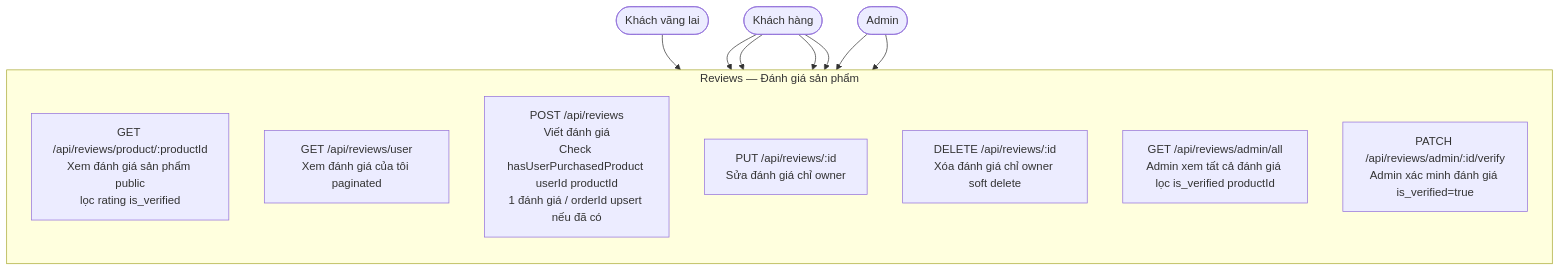
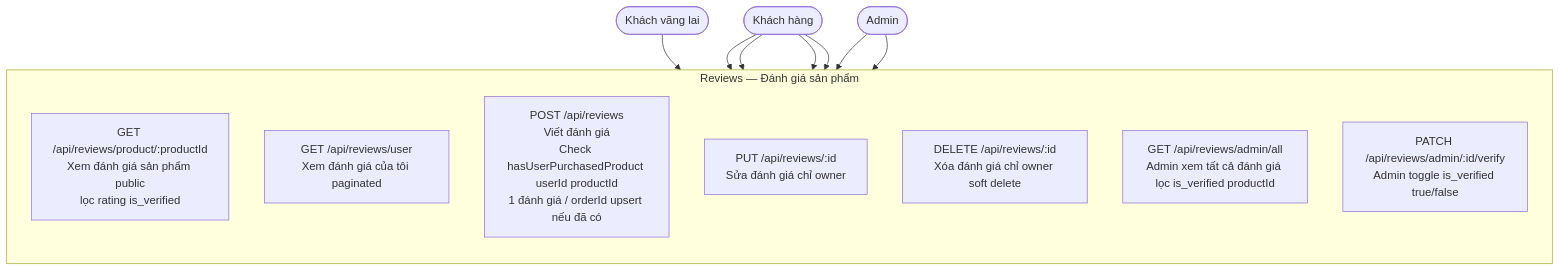
The sixth of 29 diagrams in DIAGRAMS.md (MinhThang1009/E-commerce-website), drawn with Mermaid before and after one commit. The commit also changed other lines of this file, not shown here.

````diff
--- a/DIAGRAMS.md
+++ b/DIAGRAMS.md
@@ -269,25 +275,25 @@
 ```mermaid
 flowchart TB
     Guest(["Khách vãng lai"])
     Customer(["Khách hàng"])
     Admin(["Admin"])
 
     subgraph REVIEWS["Reviews — Đánh giá sản phẩm"]
         direction TB
         R1["GET /api/reviews/product/:productId\nXem đánh giá sản phẩm public\nlọc rating is_verified"]
         R2["GET /api/reviews/user\nXem đánh giá của tôi paginated"]
         R3["POST /api/reviews\nViết đánh giá\nCheck hasUserPurchasedProduct userId productId\n1 đánh giá / orderId upsert nếu đã có"]
         R4["PUT /api/reviews/:id\nSửa đánh giá chỉ owner"]
         R5["DELETE /api/reviews/:id\nXóa đánh giá chỉ owner soft delete"]
         R6["GET /api/reviews/admin/all\nAdmin xem tất cả đánh giá lọc is_verified productId"]
-        R7["PATCH /api/reviews/admin/:id/verify\nAdmin xác minh đánh giá is_verified=true"]
+        R7["PATCH /api/reviews/admin/:id/verify\nAdmin toggle is_verified true/false"]
     end
 
     Guest --> R1
     Customer --> R2
     Customer --> R3
     Customer --> R4
     Customer --> R5
     Admin --> R6
     Admin --> R7
 ```
````
